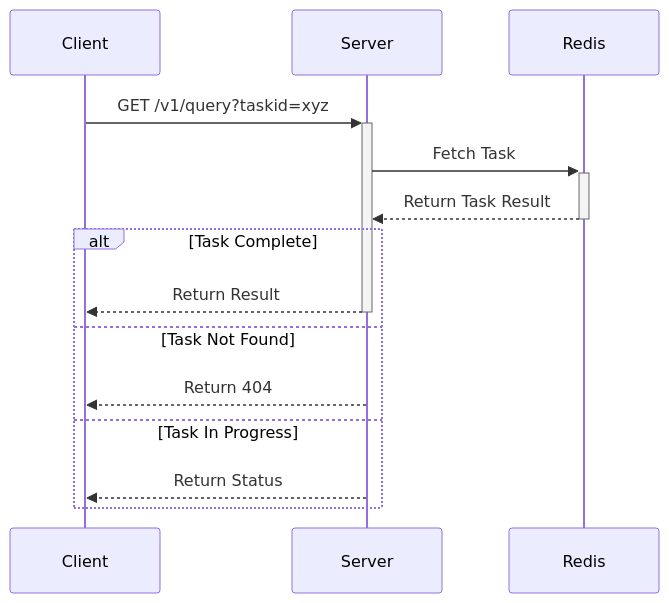
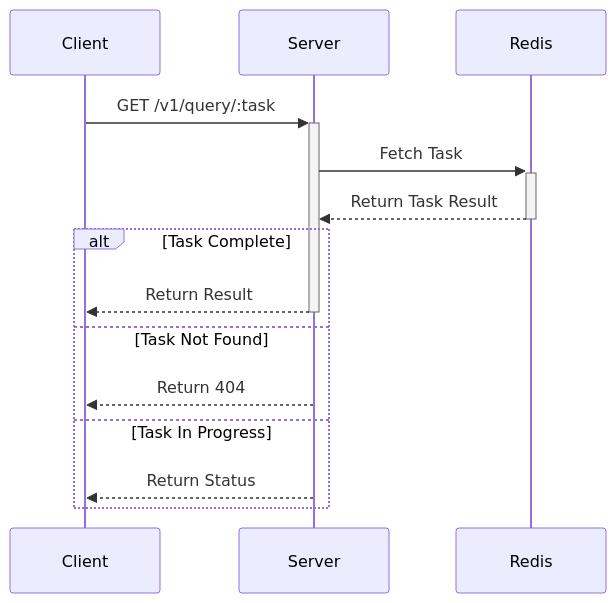
Before and after one commit to mwantia/prometheus: the second of 2 diagrams in docs/diagrams.md, drawn with Mermaid. The commit also changed 31 other files, not shown here.

````diff
--- a/docs/diagrams.md
+++ b/docs/diagrams.md
@@ -31,18 +31,18 @@
 ```mermaid
 sequenceDiagram
     participant C as Client
     participant S as Server
     participant R as Redis
 
-    C->>+S: GET /v1/query?taskid=xyz
+    C->>+S: GET /v1/query/:task
     S->>+R: Fetch Task
     R-->>-S: Return Task Result
     
     alt Task Complete
         S-->>-C: Return Result
     else Task Not Found
         S-->>C: Return 404
     else Task In Progress
         S-->>C: Return Status
     end
 ```
````
